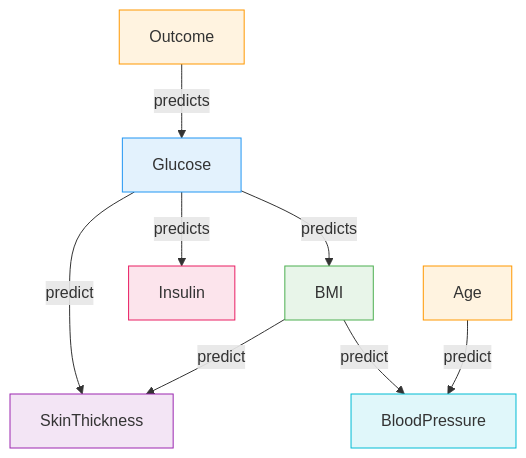
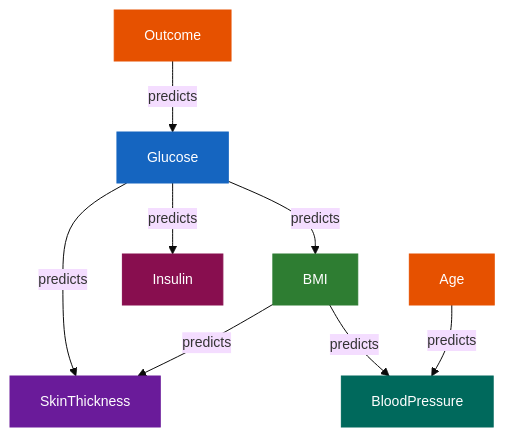
One commit to buttegggggggg/buttegggggggg.github.io changed the second of 5 diagrams in ML.qmd. Above: the diagram before and after it, drawn with Mermaid. The commit also changed other lines of this file and 1 other file, not shown here.

First line of the commit message:
Fix Mermaid diagrams: dark fill/white text, <br/> line breaks, width-constrained

````diff
--- a/ML.qmd
+++ b/ML.qmd
@@ -56,16 +68,27 @@
 ```{mermaid}
+%%{init: {"theme": "base", "themeVariables": {"fontSize": "14px"}}}%%
 flowchart TD
-    A["Outcome"] -->|"predicts"| B["Glucose"]
-    B -->|"predicts"| C["BMI"]
-    B -->|"predicts"| D["Insulin"]
-    C & B -->|"predict"| E["SkinThickness"]
-    F["Age"] & C -->|"predict"| G["BloodPressure"]
+    A["Outcome"]
+    B["Glucose"]
+    C["BMI"]
+    D["Insulin"]
+    E["SkinThickness"]
+    F["Age"]
+    G["BloodPressure"]
 
-    style A fill:#fff3e0,stroke:#FF9800
-    style B fill:#e3f2fd,stroke:#2196F3
-    style C fill:#e8f5e9,stroke:#4CAF50
-    style D fill:#fce4ec,stroke:#E91E63
-    style E fill:#f3e5f5,stroke:#9C27B0
-    style F fill:#fff3e0,stroke:#FF9800
-    style G fill:#e0f7fa,stroke:#00BCD4
+    A -->|"predicts"| B
+    B -->|"predicts"| C
+    B -->|"predicts"| D
+    C -->|"predicts"| E
+    B -->|"predicts"| E
+    F -->|"predicts"| G
+    C -->|"predicts"| G
+
+    style A fill:#E65100,color:#fff,stroke:#E65100
+    style B fill:#1565C0,color:#fff,stroke:#1565C0
+    style C fill:#2E7D32,color:#fff,stroke:#2E7D32
+    style D fill:#880E4F,color:#fff,stroke:#880E4F
+    style E fill:#6A1B9A,color:#fff,stroke:#6A1B9A
+    style F fill:#E65100,color:#fff,stroke:#E65100
+    style G fill:#00695C,color:#fff,stroke:#00695C
 ```
````
